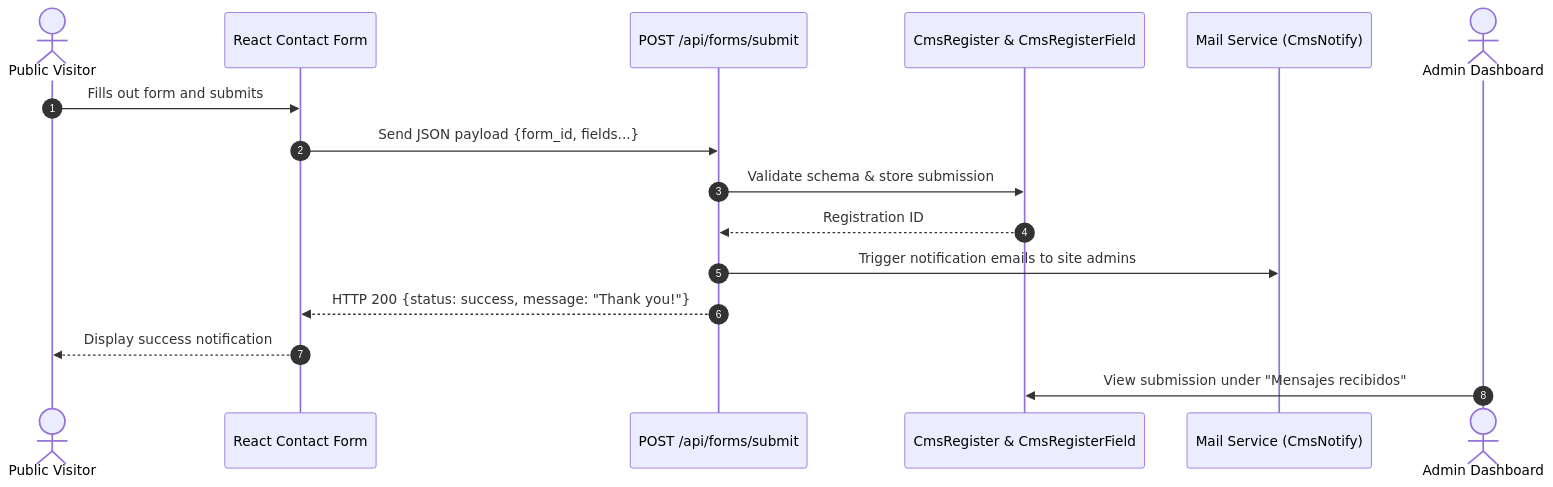
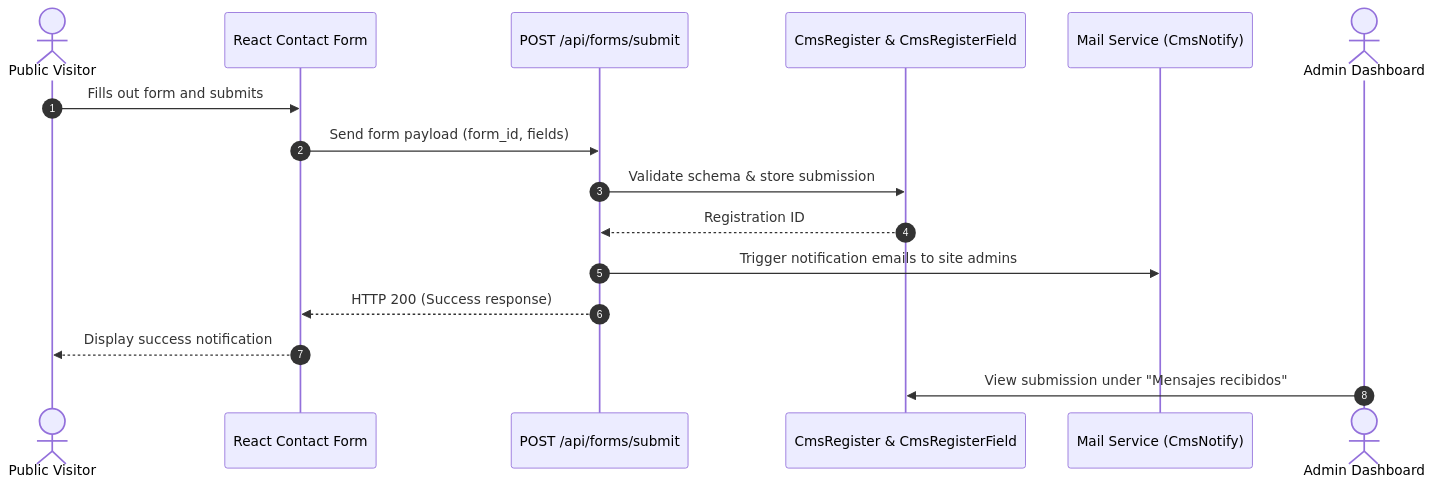
Before and after one commit to fishercom/mewcms: the third of 4 diagrams in README.md, drawn with Mermaid. The commit also changed other lines of this file, not shown here.

Commit message:
docs: fix Mermaid diagram syntax and sanitize labels in README

````diff
--- a/README.md
+++ b/README.md
@@ -160,19 +160,19 @@
 ```mermaid
 sequenceDiagram
     autonumber
     actor Visitor as Public Visitor
     participant Form as React Contact Form
     participant API as POST /api/forms/submit
     participant DB as CmsRegister & CmsRegisterField
     participant Mail as Mail Service (CmsNotify)
     actor Admin as Admin Dashboard
 
     Visitor->>Form: Fills out form and submits
-    Form->>API: Send JSON payload {form_id, fields...}
+    Form->>API: Send form payload (form_id, fields)
     API->>DB: Validate schema & store submission
     DB-->>API: Registration ID
     API->>Mail: Trigger notification emails to site admins
-    API-->>Form: HTTP 200 {status: success, message: "Thank you!"}
+    API-->>Form: HTTP 200 (Success response)
     Form-->>Visitor: Display success notification
     Admin->>DB: View submission under "Mensajes recibidos"
 ```
````
